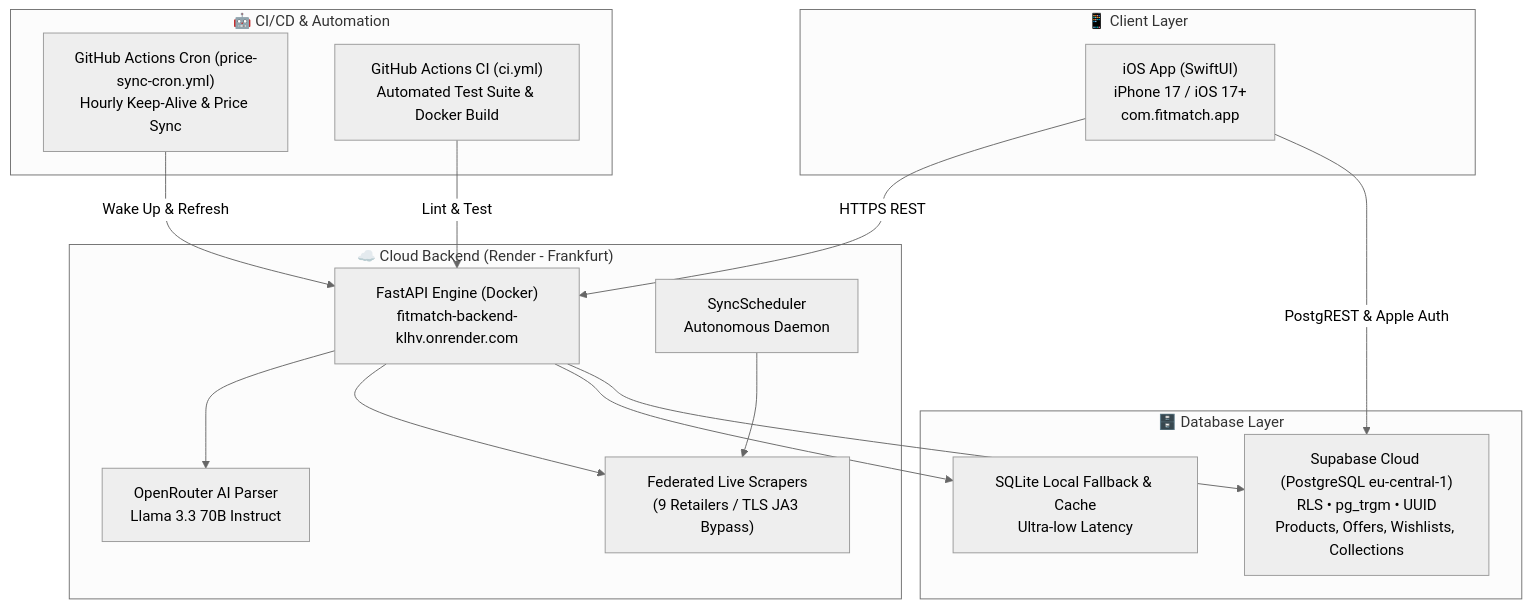
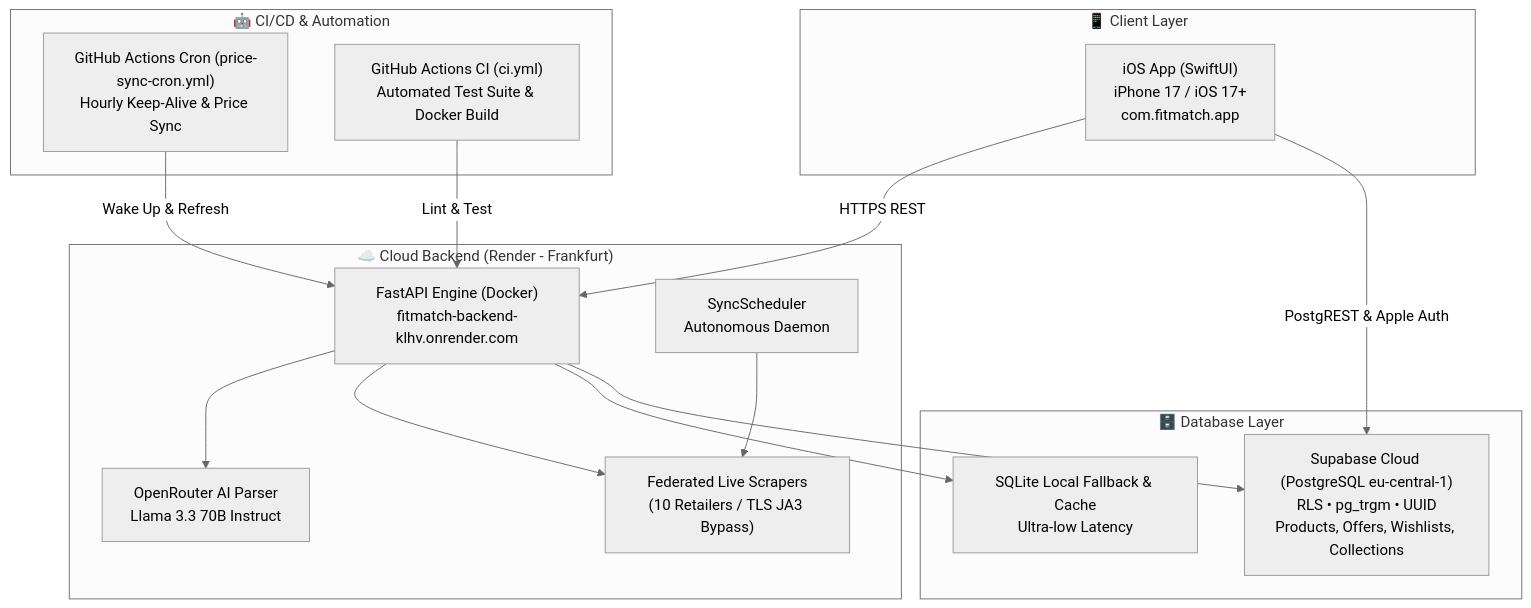
The diagram in README.md (lucaberardi0/fitmatch), drawn with Mermaid (neutral theme) before and after one commit. The commit also changed other lines of this file and 19 other files, not shown here.

````diff
--- a/README.md
+++ b/README.md
@@ -9,33 +9,33 @@
 ```mermaid
 flowchart TD
     subgraph Client ["📱 Client Layer"]
         iOS["iOS App (SwiftUI)\niPhone 17 / iOS 17+\ncom.fitmatch.app"]
     end
 
     subgraph CloudBackend ["☁️ Cloud Backend (Render - Frankfurt)"]
         FastAPI["FastAPI Engine (Docker)\nfitmatch-backend-klhv.onrender.com"]
         AI["OpenRouter AI Parser\nLlama 3.3 70B Instruct"]
         Scheduler["SyncScheduler\nAutonomous Daemon"]
-        Scrapers["Federated Live Scrapers\n(9 Retailers / TLS JA3 Bypass)"]
+        Scrapers["Federated Live Scrapers\n(10 Retailers / TLS JA3 Bypass)"]
     end
 
     subgraph Database ["🗄️ Database Layer"]
         Supabase["Supabase Cloud (PostgreSQL eu-central-1)\nRLS • pg_trgm • UUID\nProducts, Offers, Wishlists, Collections"]
         SQLiteLocal["SQLite Local Fallback & Cache\nUltra-low Latency"]
     end
 
     subgraph Automation ["🤖 CI/CD & Automation"]
         GH_Cron["GitHub Actions Cron (price-sync-cron.yml)\nHourly Keep-Alive & Price Sync"]
         GH_CI["GitHub Actions CI (ci.yml)\nAutomated Test Suite & Docker Build"]
     end
 
     iOS -->|HTTPS REST| FastAPI
     iOS -->|PostgREST & Apple Auth| Supabase
     FastAPI --> AI
     FastAPI --> Scrapers
     FastAPI --> SQLiteLocal
     FastAPI --> Supabase
     Scheduler --> Scrapers
     GH_Cron -->|Wake Up & Refresh| FastAPI
     GH_CI -->|Lint & Test| FastAPI
 ```
````
